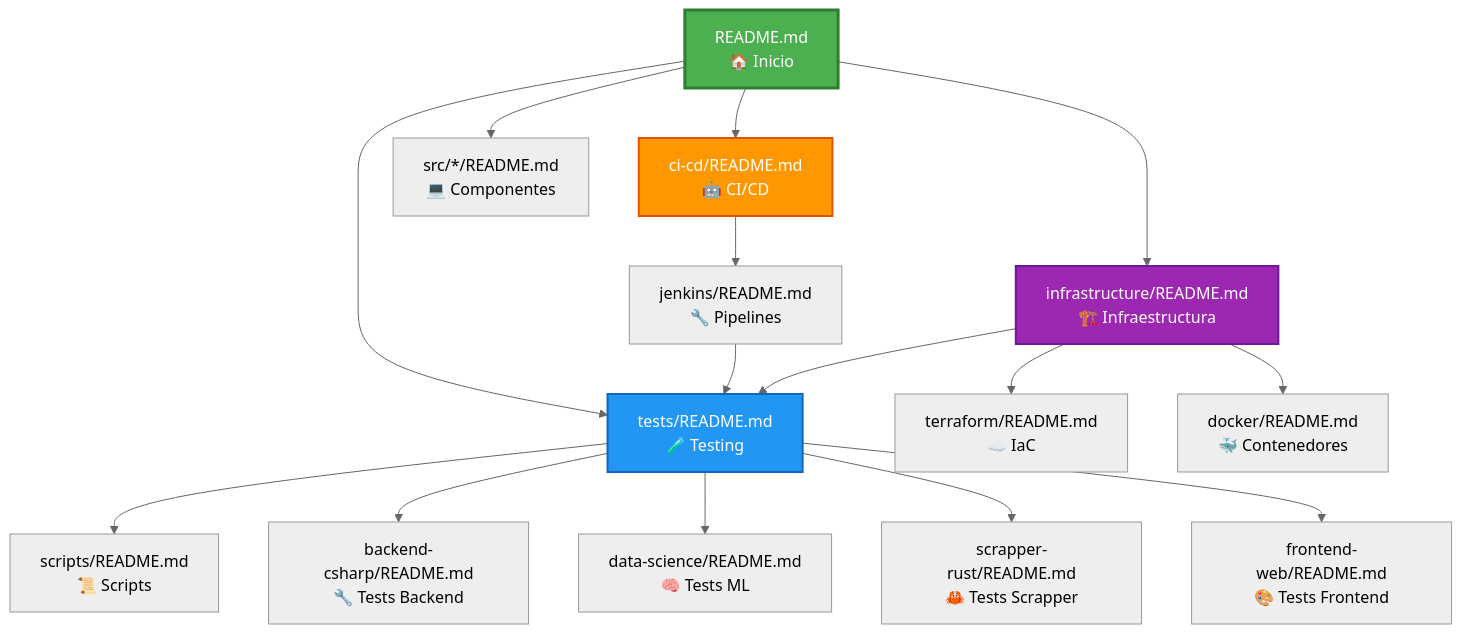
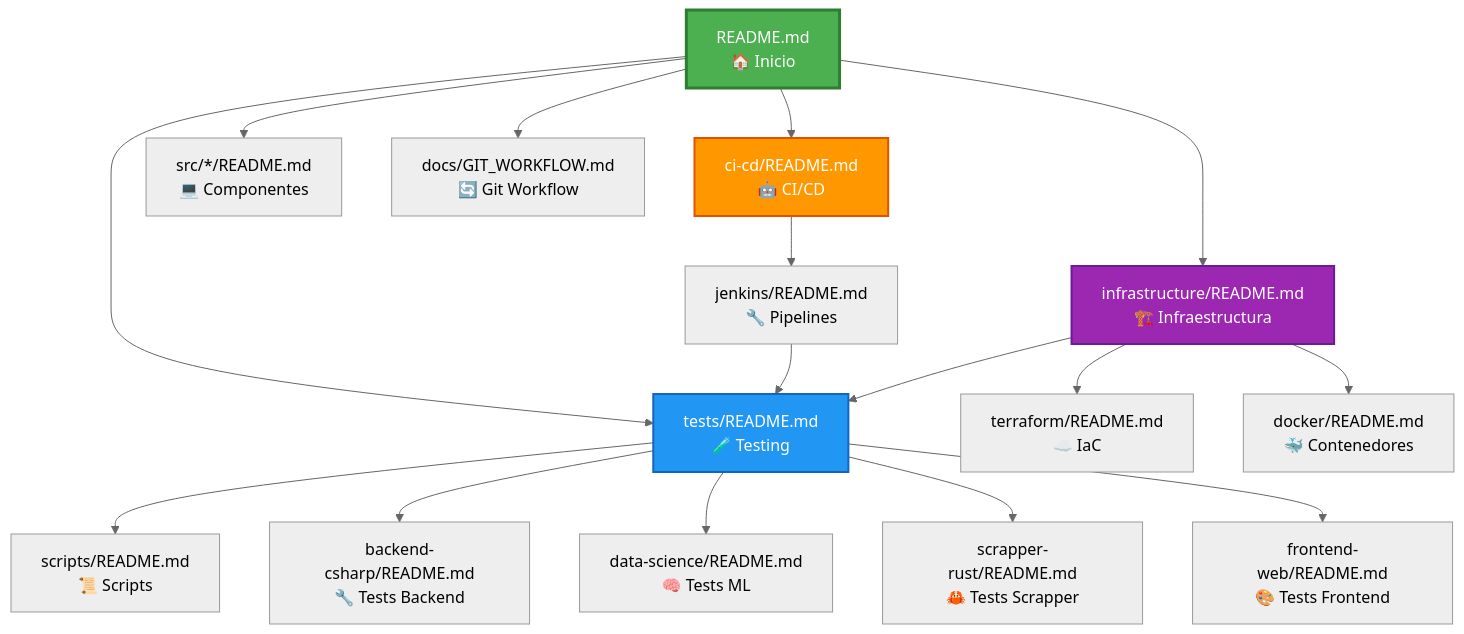
One commit to No-Country-simulation/S02-26-Equipo-48--EquineLead changed the diagram in docs/DOCUMENTATION_FLOW.md. Above: the diagram before and after it, drawn with Mermaid (neutral theme). The commit also changed other lines of this file and 2 other files, not shown here.

First line of the commit message:
docs: estandarizar flujo git e integrar dashboard de gestión

````diff
--- a/docs/DOCUMENTATION_FLOW.md
+++ b/docs/DOCUMENTATION_FLOW.md
@@ -9,26 +9,27 @@
 ```mermaid
 graph TD
     A[README.md<br/>🏠 Inicio] --> B[infrastructure/README.md<br/>🏗️ Infraestructura]
     A --> C[tests/README.md<br/>🧪 Testing]
     A --> D[ci-cd/README.md<br/>🤖 CI/CD]
     A --> E[src/*/README.md<br/>💻 Componentes]
+    A --> N[docs/GIT_WORKFLOW.md<br/>🔄 Git Workflow]
     
     B --> F[terraform/README.md<br/>☁️ IaC]
     B --> G[docker/README.md<br/>🐳 Contenedores]
     
     C --> H[scripts/README.md<br/>📜 Scripts]
     C --> I[backend-csharp/README.md<br/>🔧 Tests Backend]
     C --> J[data-science/README.md<br/>🧠 Tests ML]
     C --> K[scrapper-rust/README.md<br/>🦀 Tests Scrapper]
     C --> L[frontend-web/README.md<br/>🎨 Tests Frontend]
     
     D --> M[jenkins/README.md<br/>🔧 Pipelines]
     
     M --> C
     B --> C
     
     style A fill:#4CAF50,stroke:#2E7D32,stroke-width:3px,color:#fff
     style C fill:#2196F3,stroke:#1565C0,stroke-width:2px,color:#fff
     style D fill:#FF9800,stroke:#E65100,stroke-width:2px,color:#fff
     style B fill:#9C27B0,stroke:#6A1B9A,stroke-width:2px,color:#fff
 ```
````
